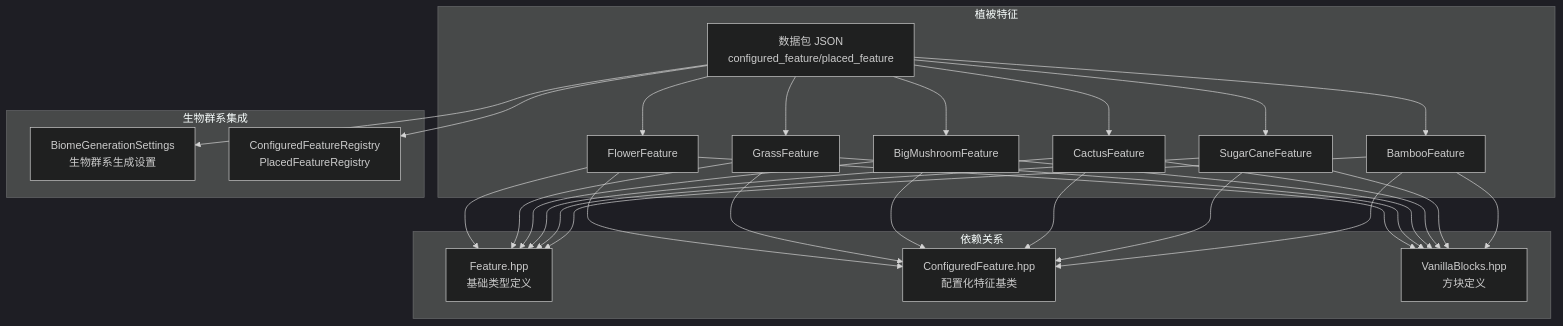
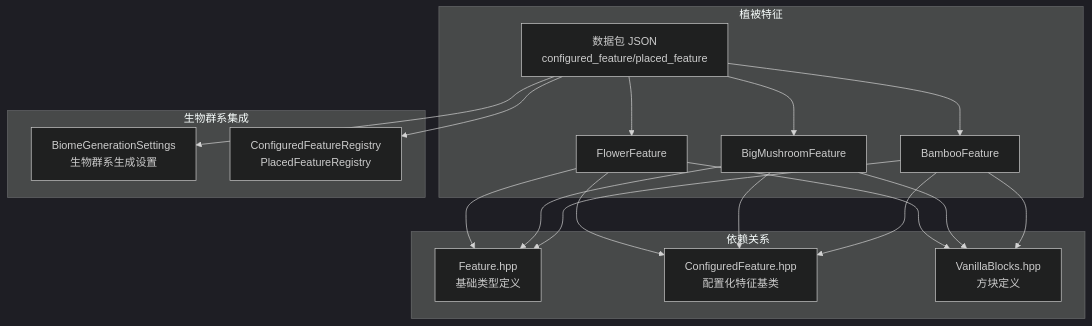
Before and after one commit to g122622/Cubium: the first of 2 diagrams in src/common/world/gen/feature/vegetation/README.md, drawn with Mermaid (dark theme). The commit also changed other lines of this file and 20 other files, not shown here.

````diff
--- a/src/common/world/gen/feature/vegetation/README.md
+++ b/src/common/world/gen/feature/vegetation/README.md
@@ -18,51 +15,36 @@
 ```mermaid
 graph TB
     subgraph 依赖关系
         Feature["Feature.hpp<br/>基础类型定义"]
         ConfiguredFeature["ConfiguredFeature.hpp<br/>配置化特征基类"]
         VanillaBlocks["VanillaBlocks.hpp<br/>方块定义"]
     end
 
     subgraph 植被特征
         VegetationFeatures["数据包 JSON<br/>configured_feature/placed_feature"]
 
         FlowerFeature --> Feature
         FlowerFeature --> ConfiguredFeature
         FlowerFeature --> VanillaBlocks
 
-        GrassFeature --> Feature
-        GrassFeature --> ConfiguredFeature
-        GrassFeature --> VanillaBlocks
-
         BigMushroomFeature --> Feature
         BigMushroomFeature --> ConfiguredFeature
         BigMushroomFeature --> VanillaBlocks
-
-        CactusFeature --> Feature
-        CactusFeature --> ConfiguredFeature
-        CactusFeature --> VanillaBlocks
-
-        SugarCaneFeature --> Feature
-        SugarCaneFeature --> ConfiguredFeature
-        SugarCaneFeature --> VanillaBlocks
 
         BambooFeature --> Feature
         BambooFeature --> ConfiguredFeature
         BambooFeature --> VanillaBlocks
 
         VegetationFeatures --> FlowerFeature
-        VegetationFeatures --> GrassFeature
         VegetationFeatures --> BigMushroomFeature
-        VegetationFeatures --> CactusFeature
-        VegetationFeatures --> SugarCaneFeature
         VegetationFeatures --> BambooFeature
     end
 
     subgraph 生物群系集成
         BiomeSettings["BiomeGenerationSettings<br/>生物群系生成设置"]
         Registry["ConfiguredFeatureRegistry<br/>PlacedFeatureRegistry"]
     end
 
     VegetationFeatures --> BiomeSettings
     VegetationFeatures --> Registry
 ```
````
